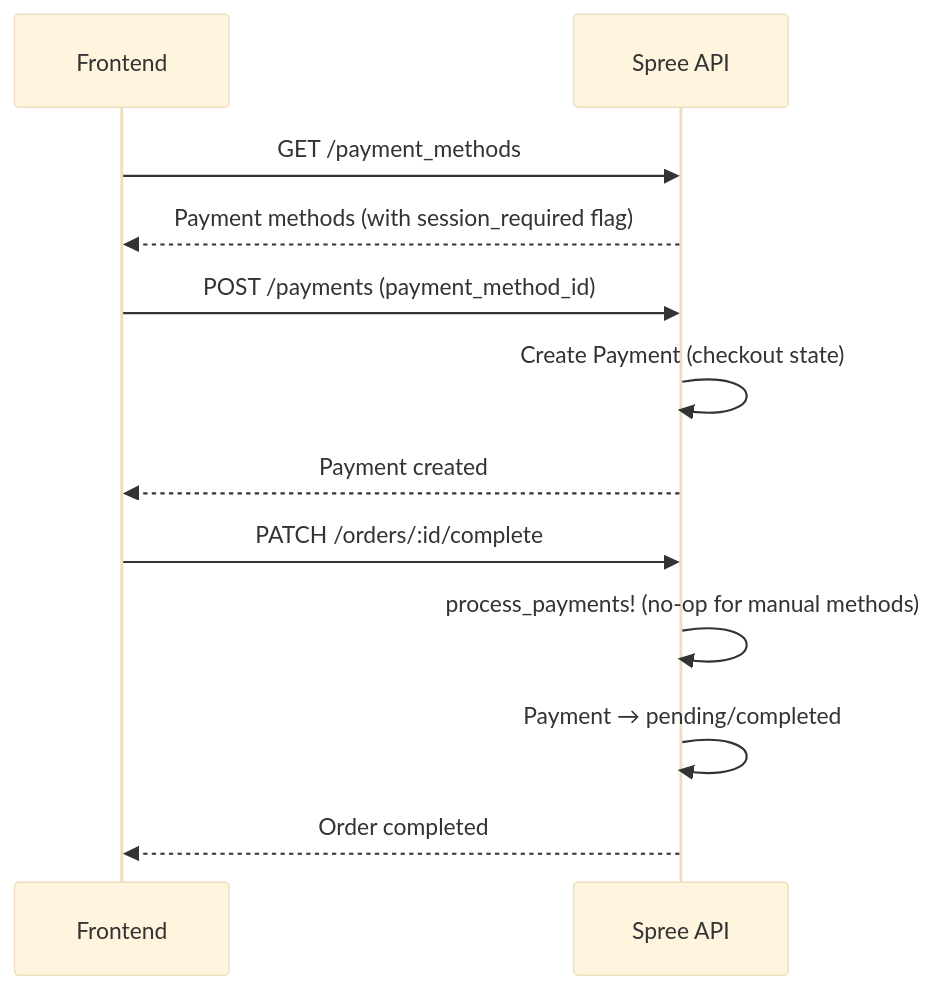
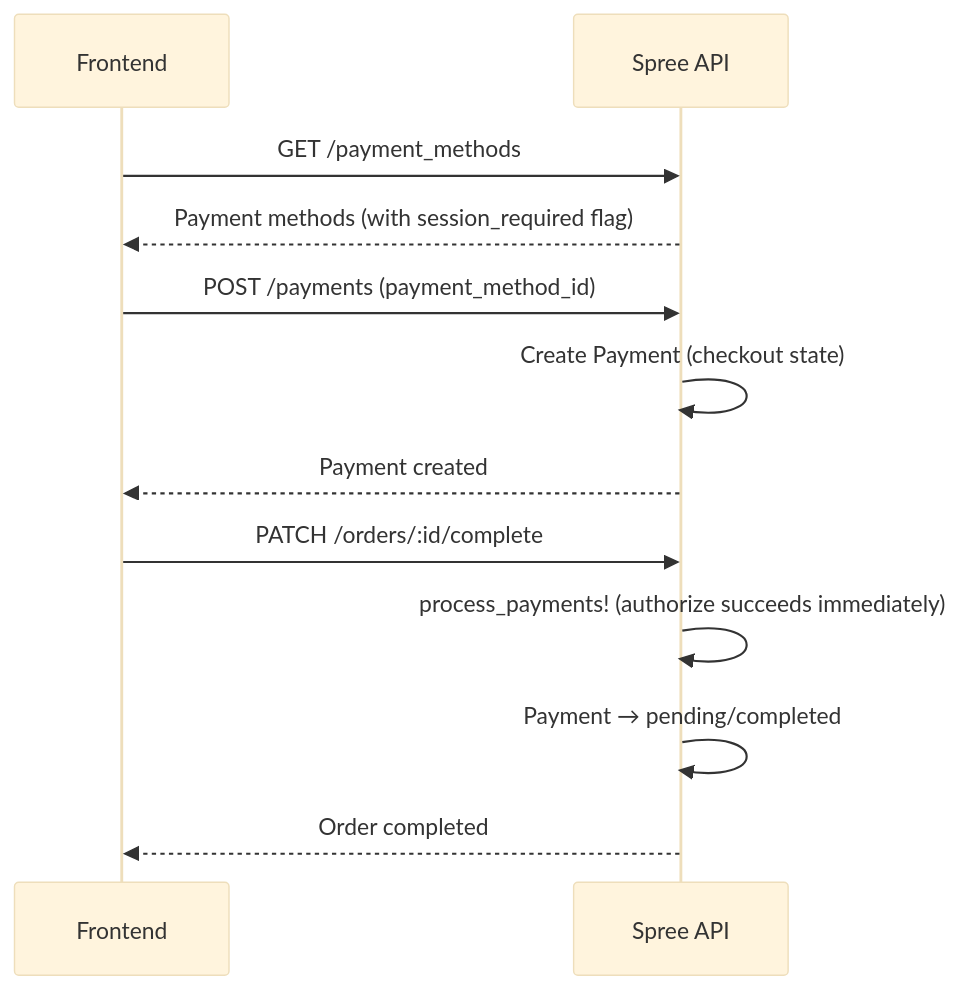
Before and after one commit to spree/spree: the third of 6 diagrams in docs/developer/core-concepts/payments.mdx, drawn with Mermaid (base theme). The commit also changed other lines of this file and 3 other files, not shown here.

````diff
--- a/docs/developer/core-concepts/payments.mdx
+++ b/docs/developer/core-concepts/payments.mdx
@@ -238,17 +238,17 @@
 ```mermaid
 sequenceDiagram
     participant Frontend
     participant Spree API
 
     Frontend->>Spree API: GET /payment_methods
     Spree API-->>Frontend: Payment methods (with session_required flag)
 
     Frontend->>Spree API: POST /payments (payment_method_id)
     Spree API->>Spree API: Create Payment (checkout state)
     Spree API-->>Frontend: Payment created
 
     Frontend->>Spree API: PATCH /orders/:id/complete
-    Spree API->>Spree API: process_payments! (no-op for manual methods)
+    Spree API->>Spree API: process_payments! (authorize succeeds immediately)
     Spree API->>Spree API: Payment → pending/completed
     Spree API-->>Frontend: Order completed
 ```
````
